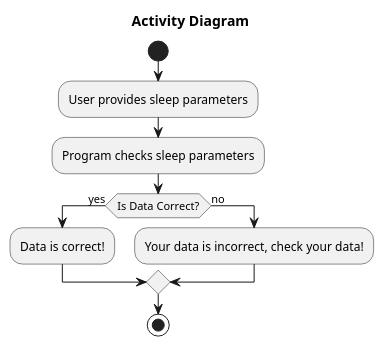
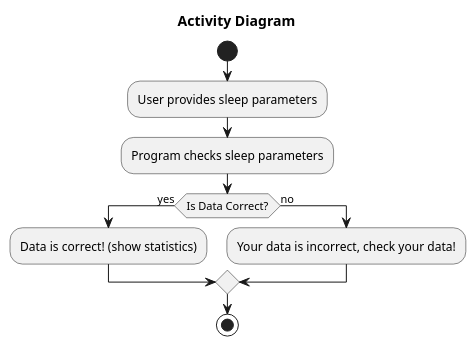
The diagram in 2-SoftwareDesign/2.7-PlantUML/UML-Activity.puml (oleksandrblazhko/ai201-bogachik), drawn with PlantUML before and after one commit.

```diff
--- a/2-SoftwareDesign/2.7-PlantUML/UML-Activity.puml
+++ b/2-SoftwareDesign/2.7-PlantUML/UML-Activity.puml
@@ -1,18 +1,18 @@
 @startuml
 
 title Activity Diagram 
 
 start
 
 :User provides sleep parameters; 
 :Program checks sleep parameters;
 
 if (Is Data Correct?) then (yes)
-  :Data is correct!;
+  :Data is correct! (show statistics);
 else (no)
   :Your data is incorrect, check your data!;
 endif
 
 stop
 
 @enduml
```
